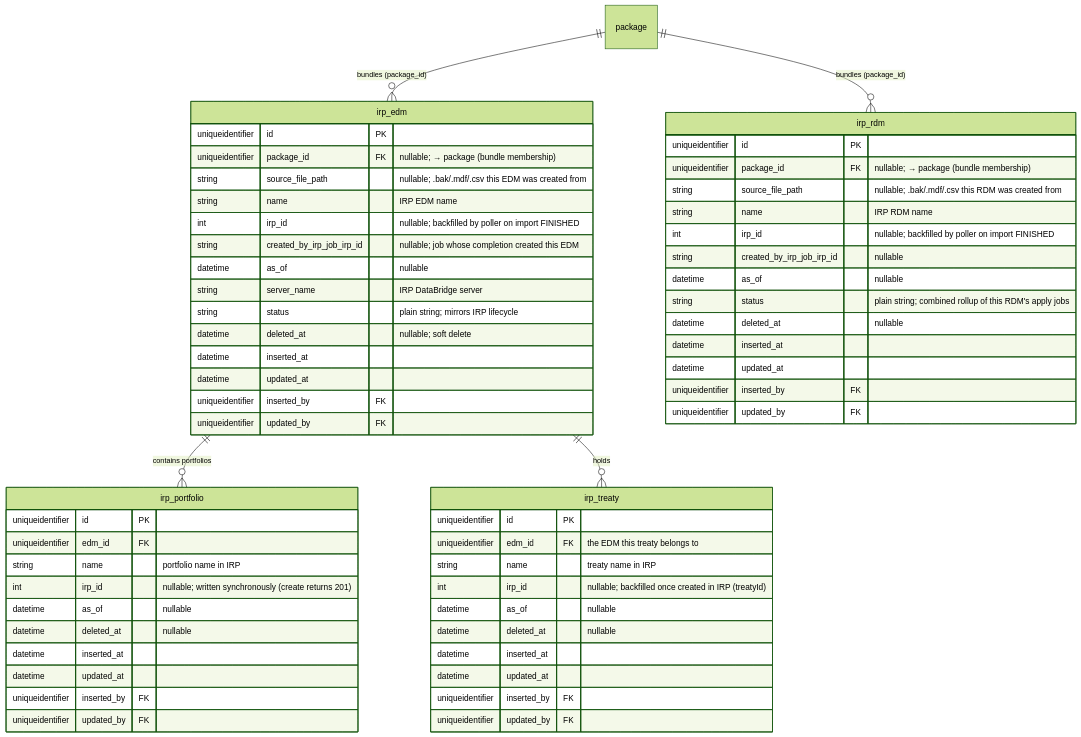
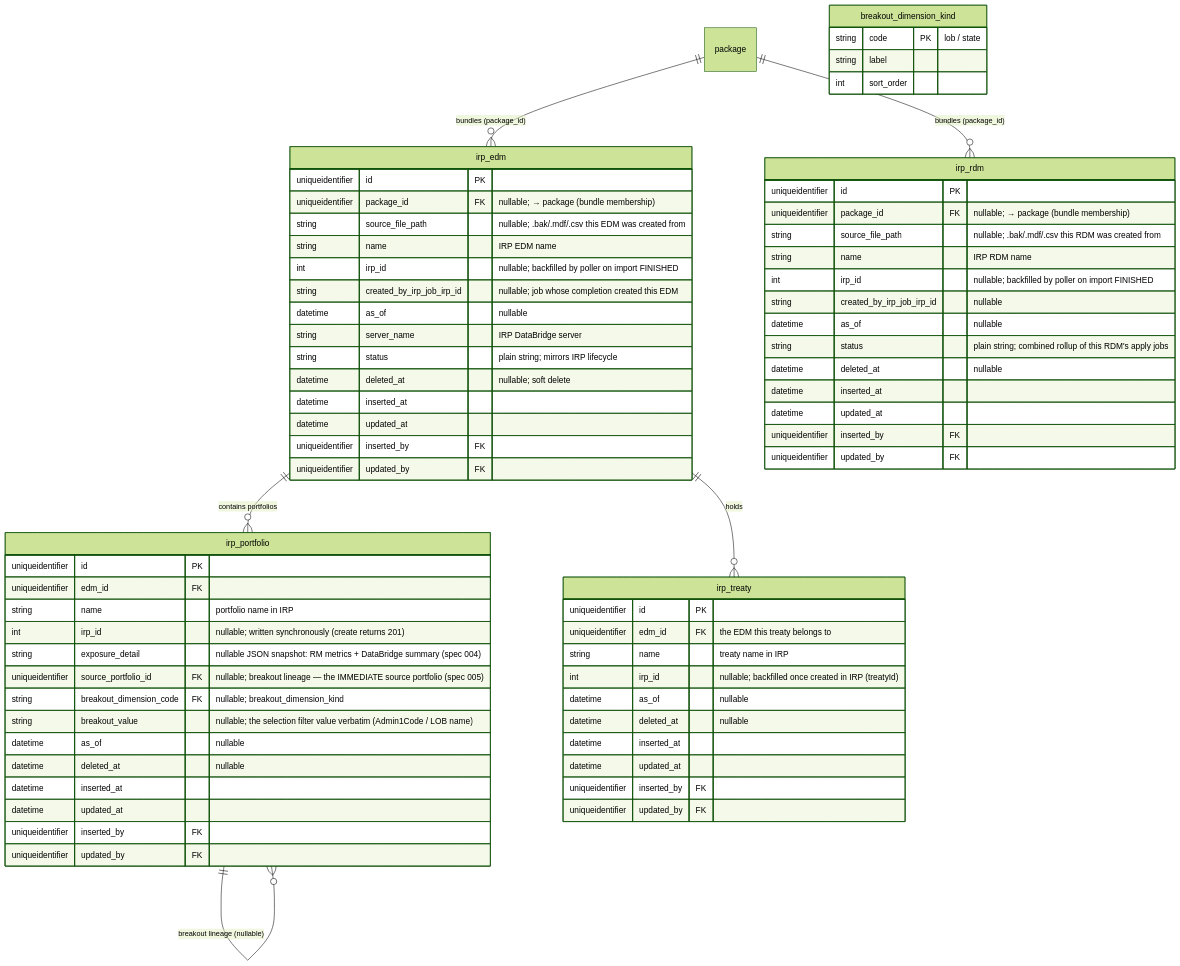
Before and after one commit to anilvenugopal/risk-workbench: the third of 9 diagrams in docs/DATA_MODEL.md, drawn with Mermaid (forest theme). The commit also changed other lines of this file and 4 other files, not shown here.

````diff
--- a/docs/DATA_MODEL.md
+++ b/docs/DATA_MODEL.md
@@ -191,63 +191,73 @@
 ```mermaid
 erDiagram
   package ||--o{ irp_edm : "bundles (package_id)"
   package ||--o{ irp_rdm : "bundles (package_id)"
   irp_edm ||--o{ irp_portfolio : "contains portfolios"
+  irp_portfolio ||--o{ irp_portfolio : "breakout lineage (nullable)"
   irp_edm ||--o{ irp_treaty : holds
 
   irp_edm {
     uniqueidentifier id PK
     uniqueidentifier package_id FK "nullable; → package (bundle membership)"
     string source_file_path "nullable; .bak/.mdf/.csv this EDM was created from"
     string name "IRP EDM name"
     int irp_id "nullable; backfilled by poller on import FINISHED"
     string created_by_irp_job_irp_id "nullable; job whose completion created this EDM"
     datetime as_of "nullable"
     string server_name "IRP DataBridge server"
     string status "plain string; mirrors IRP lifecycle"
     datetime deleted_at "nullable; soft delete"
     datetime inserted_at
     datetime updated_at
     uniqueidentifier inserted_by FK
     uniqueidentifier updated_by FK
   }
   irp_rdm {
     uniqueidentifier id PK
     uniqueidentifier package_id FK "nullable; → package (bundle membership)"
     string source_file_path "nullable; .bak/.mdf/.csv this RDM was created from"
     string name "IRP RDM name"
     int irp_id "nullable; backfilled by poller on import FINISHED"
     string created_by_irp_job_irp_id "nullable"
     datetime as_of "nullable"
     string status "plain string; combined rollup of this RDM's apply jobs"
     datetime deleted_at "nullable"
     datetime inserted_at
     datetime updated_at
     uniqueidentifier inserted_by FK
     uniqueidentifier updated_by FK
   }
   irp_portfolio {
     uniqueidentifier id PK
     uniqueidentifier edm_id FK
     string name "portfolio name in IRP"
     int irp_id "nullable; written synchronously (create returns 201)"
+    string exposure_detail "nullable JSON snapshot: RM metrics + DataBridge summary (spec 004)"
+    uniqueidentifier source_portfolio_id FK "nullable; breakout lineage — the IMMEDIATE source portfolio (spec 005)"
+    string breakout_dimension_code FK "nullable; breakout_dimension_kind"
+    string breakout_value "nullable; the selection filter value verbatim (Admin1Code / LOB name)"
     datetime as_of "nullable"
     datetime deleted_at "nullable"
     datetime inserted_at
     datetime updated_at
     uniqueidentifier inserted_by FK
     uniqueidentifier updated_by FK
+  }
+  breakout_dimension_kind {
+    string code PK "lob / state"
+    string label
+    int sort_order
   }
   irp_treaty {
     uniqueidentifier id PK
     uniqueidentifier edm_id FK "the EDM this treaty belongs to"
     string name "treaty name in IRP"
     int irp_id "nullable; backfilled once created in IRP (treatyId)"
     datetime as_of "nullable"
     datetime deleted_at "nullable"
     datetime inserted_at
     datetime updated_at
     uniqueidentifier inserted_by FK
     uniqueidentifier updated_by FK
   }
 ```
````
